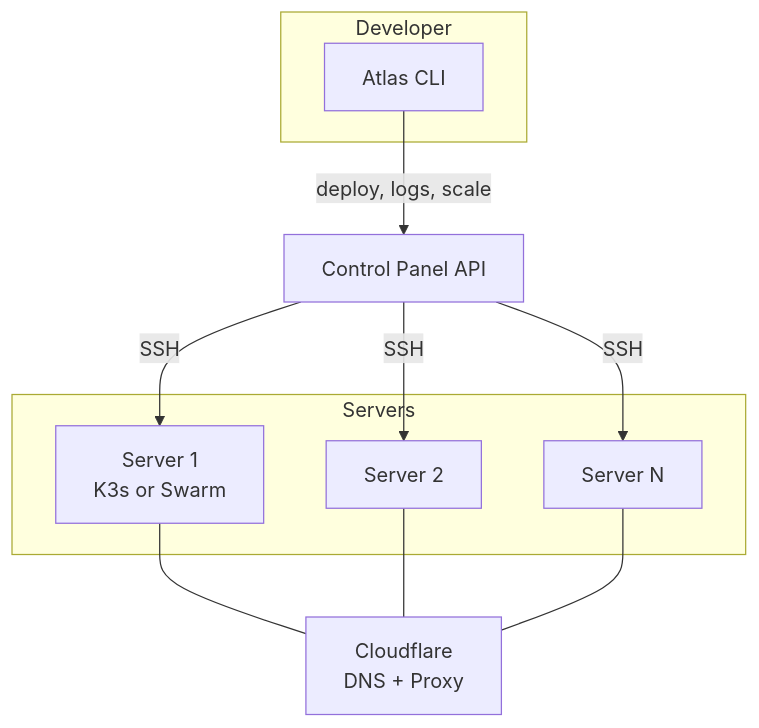
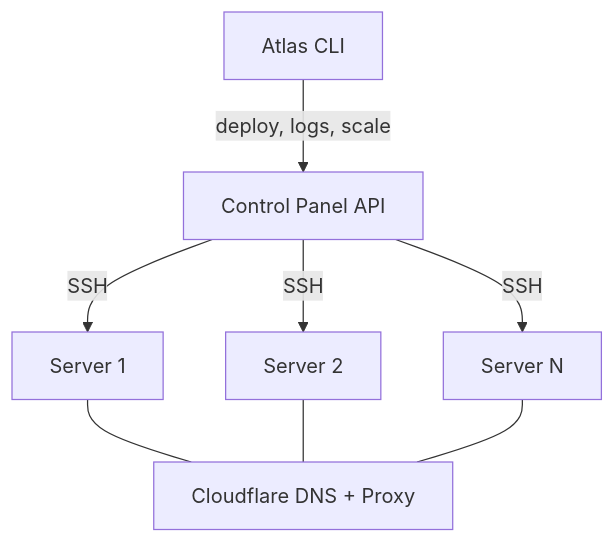
The first of 2 diagrams in apps/docs/content/docs/architecture/index.mdx (codeatlasdev/atlas), drawn with Mermaid before and after one commit. The commit also changed other lines of this file and 26 other files, not shown here.

````diff
--- a/apps/docs/content/docs/architecture/index.mdx
+++ b/apps/docs/content/docs/architecture/index.mdx
@@ -11,22 +11,12 @@
 ```mermaid
 graph TB
-    subgraph Developer
-        CLI[Atlas CLI]
-    end
+    CLI[Atlas CLI] -->|deploy, logs, scale| Panel[Control Panel API]
 
-    CLI -->|deploy, logs, scale| Panel[Control Panel API]
+    Panel -->|SSH| S1[Server 1]
+    Panel -->|SSH| S2[Server 2]
+    Panel -->|SSH| SN[Server N]
 
-    subgraph Servers
-        S1[Server 1<br/>K3s or Swarm]
-        S2[Server 2]
-        SN[Server N]
-    end
-
-    Panel -->|SSH| S1
-    Panel -->|SSH| S2
-    Panel -->|SSH| SN
-
-    S1 --- CF[Cloudflare<br/>DNS + Proxy]
+    S1 --- CF[Cloudflare DNS + Proxy]
     S2 --- CF
     SN --- CF
 ```
````
